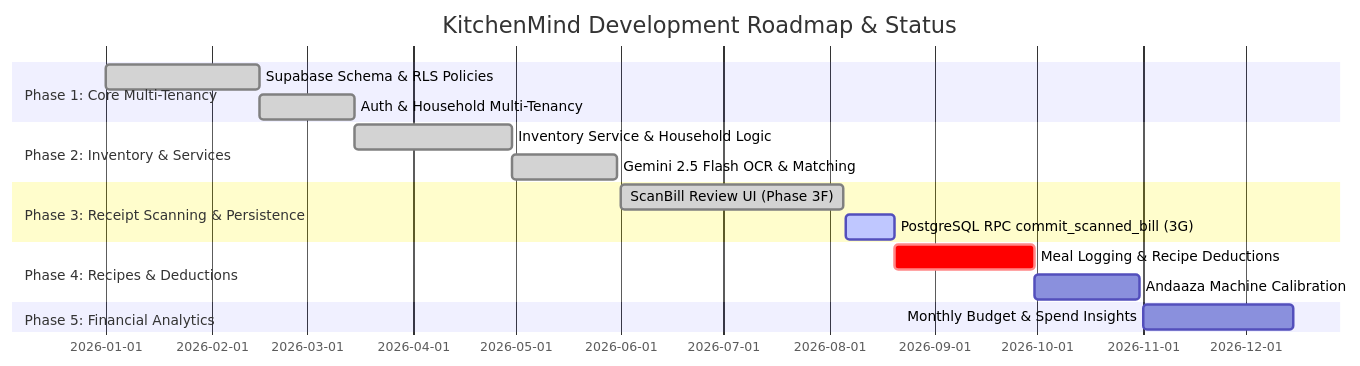
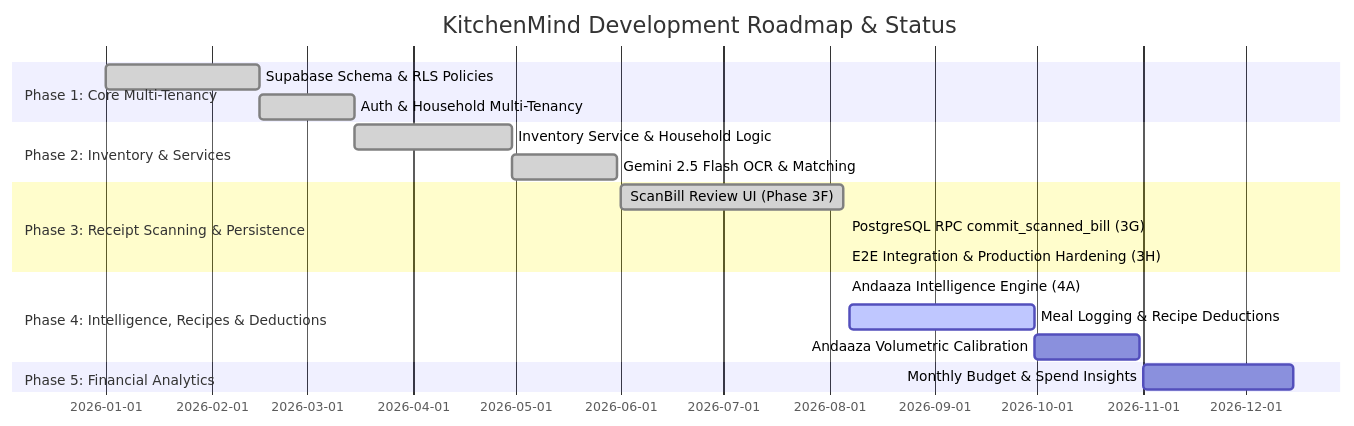
Before and after one commit to keshavaibuilder/kitchenmind: the diagram in docs/19_IMPLEMENTATION_STATUS_AND_ROADMAP.md, drawn with Mermaid. The commit also changed other lines of this file and 32 other files, not shown here.

First line of the commit message:
feat: atomic bill persistence, production hardening & Andaaza intelligence engine (Phases 3G-4A)

````diff
--- a/docs/19_IMPLEMENTATION_STATUS_AND_ROADMAP.md
+++ b/docs/19_IMPLEMENTATION_STATUS_AND_ROADMAP.md
@@ -9,19 +9,21 @@
 ```mermaid
 gantt
     title KitchenMind Development Roadmap & Status
     dateFormat  YYYY-MM-DD
     section Phase 1: Core Multi-Tenancy
     Supabase Schema & RLS Policies      :done,    p1, 2026-01-01, 2026-02-15
     Auth & Household Multi-Tenancy     :done,    p2, 2026-02-15, 2026-03-15
     section Phase 2: Inventory & Services
     Inventory Service & Household Logic:done,    p3, 2026-03-15, 2026-04-30
     Gemini 2.5 Flash OCR & Matching    :done,    p4, 2026-04-30, 2026-05-31
     section Phase 3: Receipt Scanning & Persistence
     ScanBill Review UI (Phase 3F)      :done,    p5, 2026-06-01, 2026-08-05
-    PostgreSQL RPC commit_scanned_bill (3G) :active, p6, 2026-08-06, 2026-08-20
-    section Phase 4: Recipes & Deductions
-    Meal Logging & Recipe Deductions    :crit,    p7, 2026-08-20, 2026-09-30
-    Andaaza Machine Calibration         :         p8, 2026-09-30, 2026-10-31
+    PostgreSQL RPC commit_scanned_bill (3G) :done,  p6, 2026-08-06, 2026-08-06
+    E2E Integration & Production Hardening (3H):done, p7, 2026-08-06, 2026-08-06
+    section Phase 4: Intelligence, Recipes & Deductions
+    Andaaza Intelligence Engine (4A)    :done,    p8, 2026-08-06, 2026-08-06
+    Meal Logging & Recipe Deductions    :active,  p9, 2026-08-07, 2026-09-30
+    Andaaza Volumetric Calibration      :         p10, 2026-09-30, 2026-10-31
     section Phase 5: Financial Analytics
-    Monthly Budget & Spend Insights     :        p9, 2026-11-01, 2026-12-15
+    Monthly Budget & Spend Insights     :        p11, 2026-11-01, 2026-12-15
 ```
````
